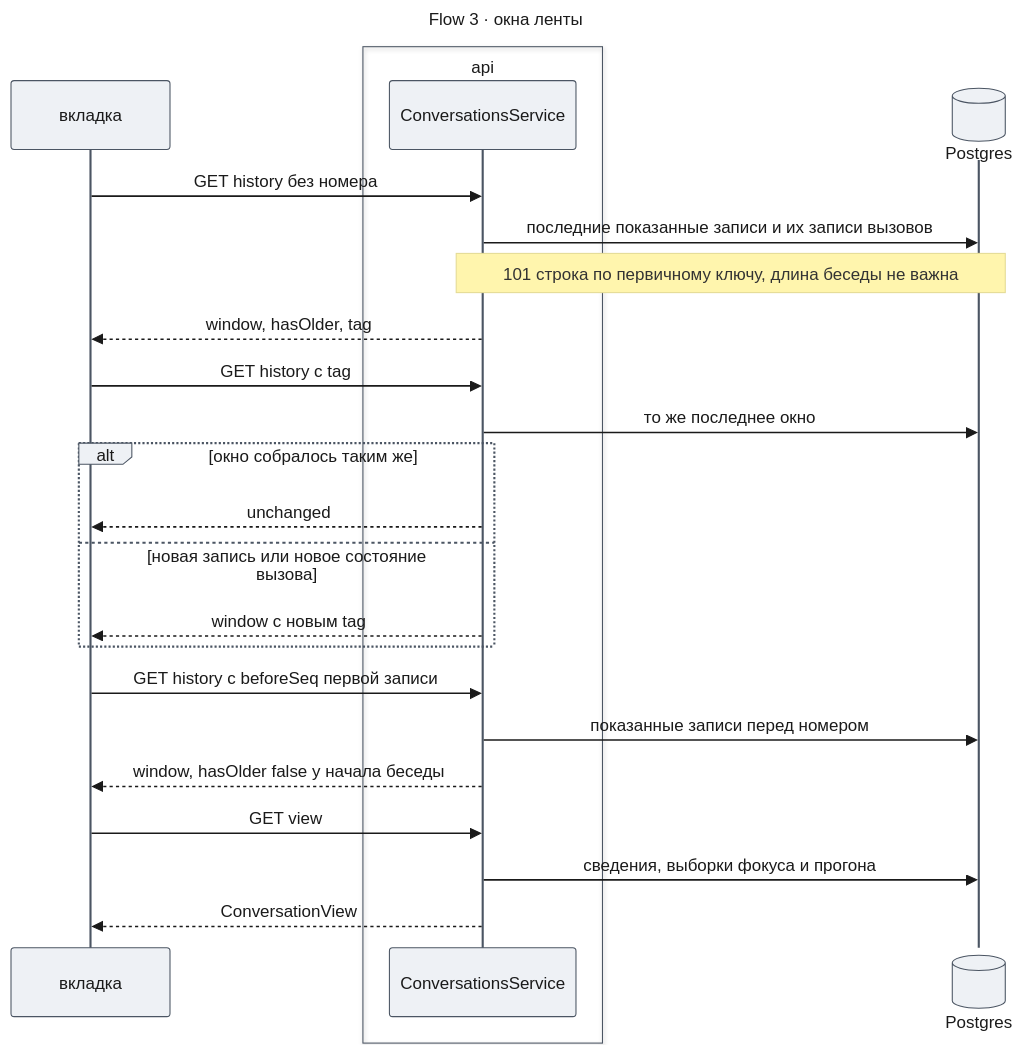
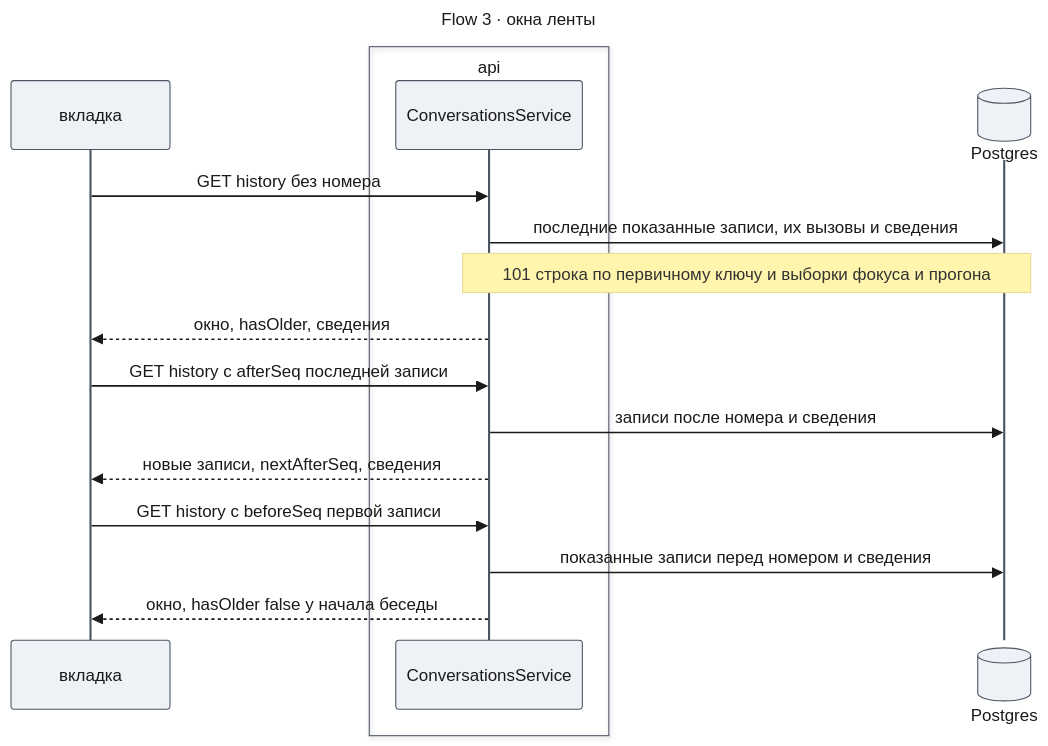
One commit to tundraray/agent-os changed the fifth of 6 diagrams in docs/features/live-feed/design-server.md. Above: the diagram before and after it, drawn with Mermaid. The commit also changed other lines of this file, not shown here.

````diff
--- a/docs/features/live-feed/design-server.md
+++ b/docs/features/live-feed/design-server.md
@@ -371,51 +368,40 @@
 ```mermaid
 ---
 title: "Flow 3 · окна ленты"
 config:
   theme: base
   look: classic
   themeVariables:
     primaryColor: "#eef1f5"
     primaryBorderColor: "#4b5563"
     primaryTextColor: "#1a1a1a"
     lineColor: "#6b7280"
   themeCSS: |
-    @keyframes litr_f3{0%,6.9%{stroke:#1d4ed8;stroke-width:6px}7.69%,100%{stroke:#37474f;stroke-width:2px}}
-    .messageLine0[data-id='i0'],.messageLine1[data-id='i0']{animation:litr_f3 15.6s linear 0s infinite}
-    .messageLine0[data-id='i1'],.messageLine1[data-id='i1']{animation:litr_f3 15.6s linear 1.2s infinite}
-    .messageLine0[data-id='i3'],.messageLine1[data-id='i3']{animation:litr_f3 15.6s linear 2.4s infinite}
-    .messageLine0[data-id='i4'],.messageLine1[data-id='i4']{animation:litr_f3 15.6s linear 3.6s infinite}
-    .messageLine0[data-id='i5'],.messageLine1[data-id='i5']{animation:litr_f3 15.6s linear 4.8s infinite}
-    .messageLine0[data-id='i7'],.messageLine1[data-id='i7']{animation:litr_f3 15.6s linear 6s infinite}
-    .messageLine0[data-id='i9'],.messageLine1[data-id='i9']{animation:litr_f3 15.6s linear 7.2s infinite}
-    .messageLine0[data-id='i11'],.messageLine1[data-id='i11']{animation:litr_f3 15.6s linear 8.4s infinite}
-    .messageLine0[data-id='i12'],.messageLine1[data-id='i12']{animation:litr_f3 15.6s linear 9.6s infinite}
-    .messageLine0[data-id='i13'],.messageLine1[data-id='i13']{animation:litr_f3 15.6s linear 10.8s infinite}
-    .messageLine0[data-id='i14'],.messageLine1[data-id='i14']{animation:litr_f3 15.6s linear 12s infinite}
-    .messageLine0[data-id='i15'],.messageLine1[data-id='i15']{animation:litr_f3 15.6s linear 13.2s infinite}
-    .messageLine0[data-id='i16'],.messageLine1[data-id='i16']{animation:litr_f3 15.6s linear 14.4s infinite}
+    @keyframes litr_f3{0%,10%{stroke:#1d4ed8;stroke-width:6px}11.11%,100%{stroke:#37474f;stroke-width:2px}}
+    .messageLine0[data-id='i0'],.messageLine1[data-id='i0']{animation:litr_f3 10.8s linear 0s infinite}
+    .messageLine0[data-id='i1'],.messageLine1[data-id='i1']{animation:litr_f3 10.8s linear 1.2s infinite}
+    .messageLine0[data-id='i3'],.messageLine1[data-id='i3']{animation:litr_f3 10.8s linear 2.4s infinite}
+    .messageLine0[data-id='i4'],.messageLine1[data-id='i4']{animation:litr_f3 10.8s linear 3.6s infinite}
+    .messageLine0[data-id='i5'],.messageLine1[data-id='i5']{animation:litr_f3 10.8s linear 4.8s infinite}
+    .messageLine0[data-id='i6'],.messageLine1[data-id='i6']{animation:litr_f3 10.8s linear 6s infinite}
+    .messageLine0[data-id='i7'],.messageLine1[data-id='i7']{animation:litr_f3 10.8s linear 7.2s infinite}
+    .messageLine0[data-id='i8'],.messageLine1[data-id='i8']{animation:litr_f3 10.8s linear 8.4s infinite}
+    .messageLine0[data-id='i9'],.messageLine1[data-id='i9']{animation:litr_f3 10.8s linear 9.6s infinite}
 ---
 sequenceDiagram
     participant Web as вкладка
     box api
         participant Conv as ConversationsService
     end
     participant DB@{ "type": "database" } as Postgres
     Web->>Conv: GET history без номера
-    Conv->>DB: последние показанные записи и их записи вызовов
-    Note over Conv,DB: 101 строка по первичному ключу, длина беседы не важна
-    Conv-->>Web: window, hasOlder, tag
-    Web->>Conv: GET history с tag
-    Conv->>DB: то же последнее окно
-    alt окно собралось таким же
-        Conv-->>Web: unchanged
-    else новая запись или новое состояние вызова
-        Conv-->>Web: window с новым tag
-    end
+    Conv->>DB: последние показанные записи, их вызовы и сведения
+    Note over Conv,DB: 101 строка по первичному ключу и выборки фокуса и прогона
+    Conv-->>Web: окно, hasOlder, сведения
+    Web->>Conv: GET history с afterSeq последней записи
+    Conv->>DB: записи после номера и сведения
+    Conv-->>Web: новые записи, nextAfterSeq, сведения
     Web->>Conv: GET history с beforeSeq первой записи
-    Conv->>DB: показанные записи перед номером
-    Conv-->>Web: window, hasOlder false у начала беседы
-    Web->>Conv: GET view
-    Conv->>DB: сведения, выборки фокуса и прогона
-    Conv-->>Web: ConversationView
+    Conv->>DB: показанные записи перед номером и сведения
+    Conv-->>Web: окно, hasOlder false у начала беседы
 ```
````
